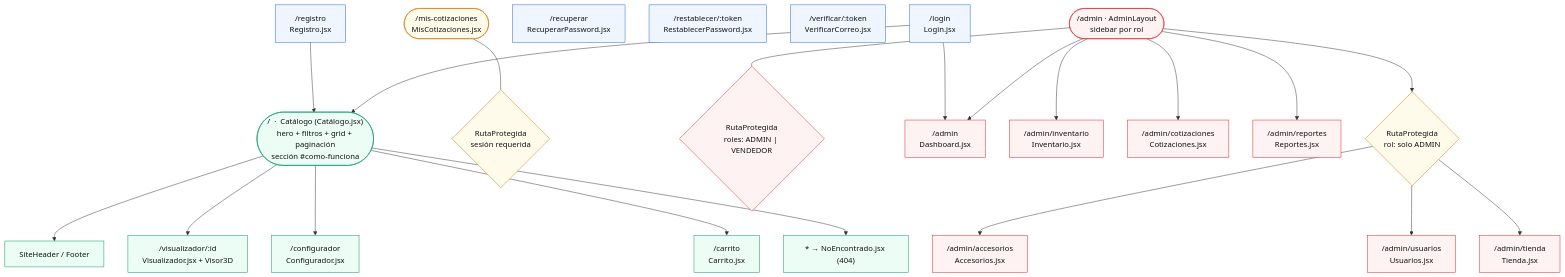
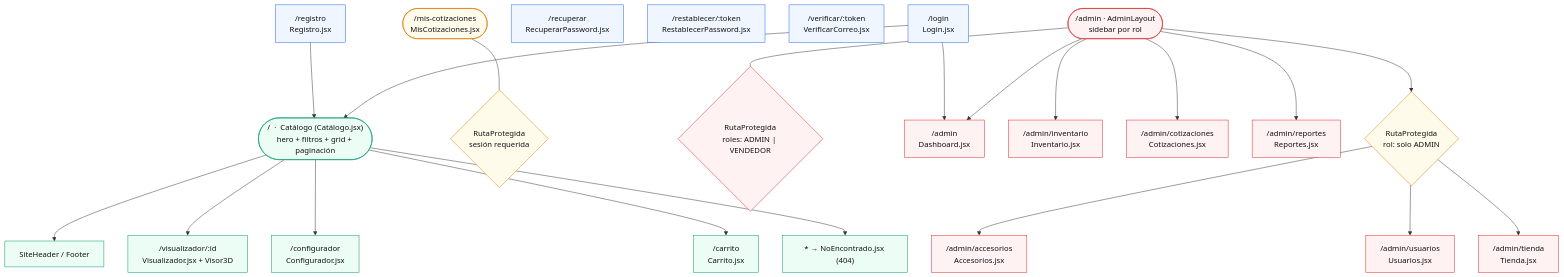
The diagram in documentacion/diagramas/vistas.mmd (Alexhumme/motoPreview), drawn with Mermaid before and after one commit. The commit also changed 11 other files, not shown here.

```diff
--- a/documentacion/diagramas/vistas.mmd
+++ b/documentacion/diagramas/vistas.mmd
@@ -1,41 +1,41 @@
 flowchart TB
     classDef pub fill:#ecfdf5,stroke:#059669,color:#111
     classDef auth fill:#eff6ff,stroke:#2563eb,color:#111
     classDef admin fill:#fef2f2,stroke:#dc2626,color:#111
     classDef guard fill:#fffbeb,stroke:#d97706,color:#111
 
-    ROOT(["/  ·  Catálogo (Catálogo.jsx)<br/>hero + filtros + grid + paginación<br/>sección #como-funciona"]):::pub
+    ROOT(["/  ·  Catálogo (Catálogo.jsx)<br/>hero + filtros + grid + paginación<br/>"]):::pub
 
     ROOT --> H1["SiteHeader / Footer"]:::pub
     ROOT --> VIS["/visualizador/:id<br/>Visualizador.jsx + Visor3D"]:::pub
     ROOT --> CONF["/configurador<br/>Configurador.jsx"]:::pub
     ROOT --> CART["/carrito<br/>Carrito.jsx"]:::pub
     ROOT --> NOT["* → NoEncontrado.jsx (404)"]:::pub
 
     LOGIN["/login<br/>Login.jsx"]:::auth
     REG["/registro<br/>Registro.jsx"]:::auth
     REC["/recuperar<br/>RecuperarPassword.jsx"]:::auth
     REST["/restablecer/:token<br/>RestablecerPassword.jsx"]:::auth
     VER["/verificar/:token<br/>VerificarCorreo.jsx"]:::auth
 
     MIS(["/mis-cotizaciones<br/>MisCotizaciones.jsx"]):::guard
     GUARD1{"RutaProtegida<br/>sesión requerida"}:::guard
     MIS --- GUARD1
 
     ADMIN(["/admin · AdminLayout<br/>sidebar por rol"]):::admin
     GUARD2{"RutaProtegida<br/>roles: ADMIN | VENDEDOR"}:::admin
     ADMIN --- GUARD2
 
     ADMIN --> DASH["/admin<br/>Dashboard.jsx"]:::admin
     ADMIN --> INV["/admin/inventario<br/>Inventario.jsx"]:::admin
     ADMIN --> COT["/admin/cotizaciones<br/>Cotizaciones.jsx"]:::admin
     ADMIN --> REP["/admin/reportes<br/>Reportes.jsx"]:::admin
 
     ADMIN --> GUARD3{"RutaProtegida<br/>rol: solo ADMIN"}:::guard
     GUARD3 --> ACC["/admin/accesorios<br/>Accesorios.jsx"]:::admin
     GUARD3 --> USU["/admin/usuarios<br/>Usuarios.jsx"]:::admin
     GUARD3 --> TIE["/admin/tienda<br/>Tienda.jsx"]:::admin
 
     LOGIN --> DASH
     LOGIN --> ROOT
     REG --> ROOT
```
